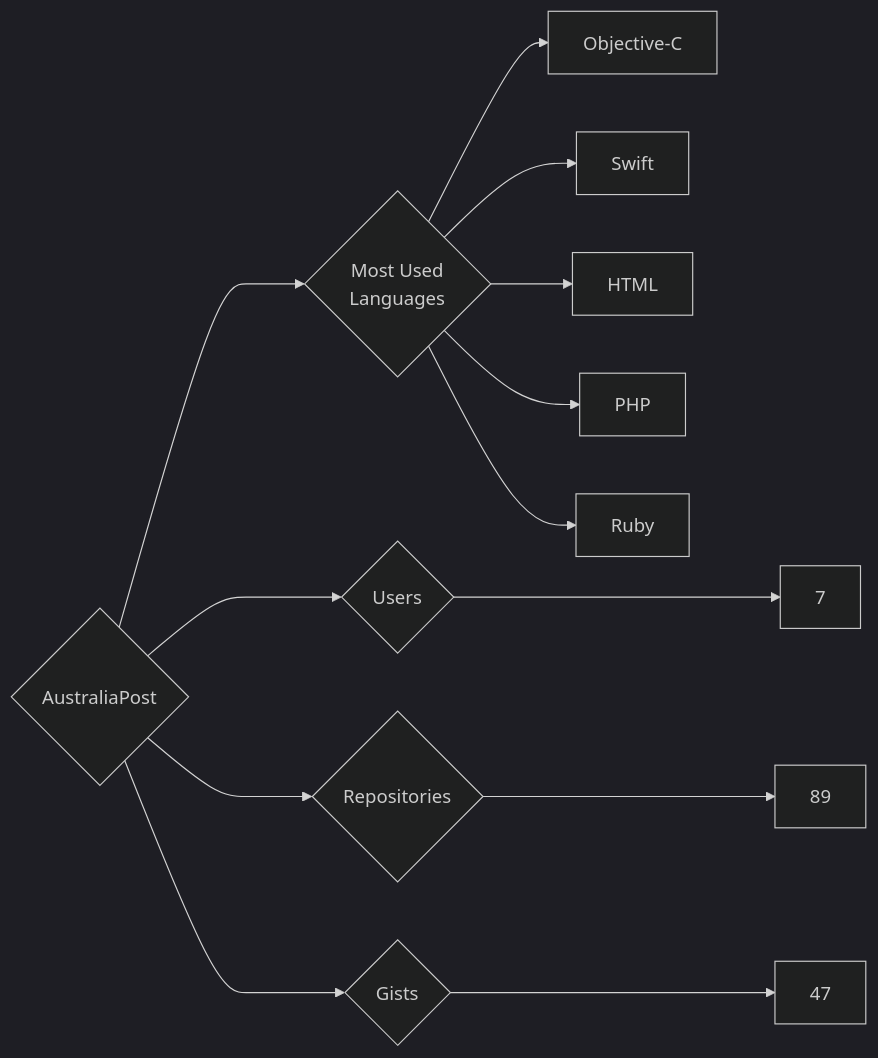
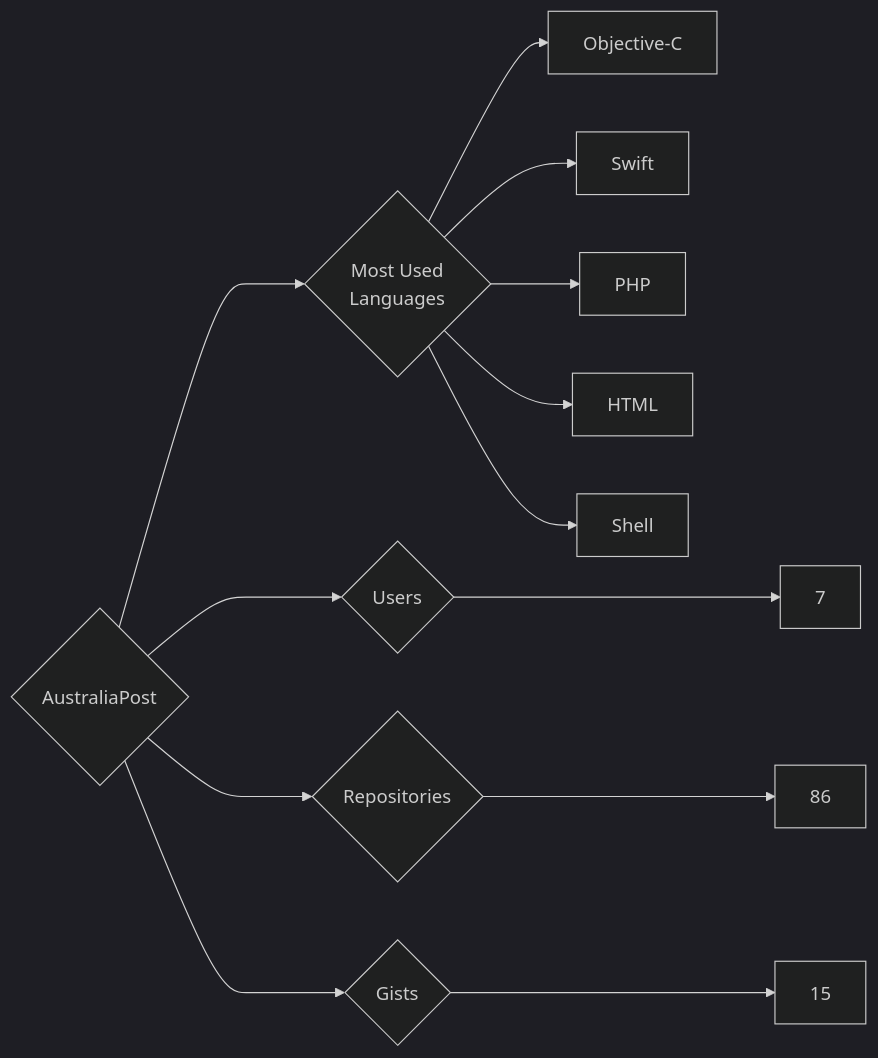
One commit to trickest/insiders changed the diagram in targets/AustraliaPost/README.md. Above: the diagram before and after it, drawn with Mermaid (dark theme). The commit also changed 1092 other files, not shown here.

````diff
--- a/targets/AustraliaPost/README.md
+++ b/targets/AustraliaPost/README.md
@@ -3,13 +3,13 @@
 ```mermaid
 graph LR
 COMPANY_NAME{AustraliaPost}
 COMPANY_NAME ---> U{Users} ---> UN[7]
-COMPANY_NAME ---> R{Repositories} ---> RN[89]
-COMPANY_NAME ---> G{Gists} ---> GN[47]
+COMPANY_NAME ---> R{Repositories} ---> RN[86]
+COMPANY_NAME ---> G{Gists} ---> GN[15]
 COMPANY_NAME ---> ML{Most Used<br>Languages}
 ML --> Objective-C[Objective-C]
 ML --> Swift[Swift]
+ML --> PHP[PHP]
 ML --> HTML[HTML]
-ML --> PHP[PHP]
-ML --> Ruby[Ruby]
+ML --> Shell[Shell]
 ```
````
